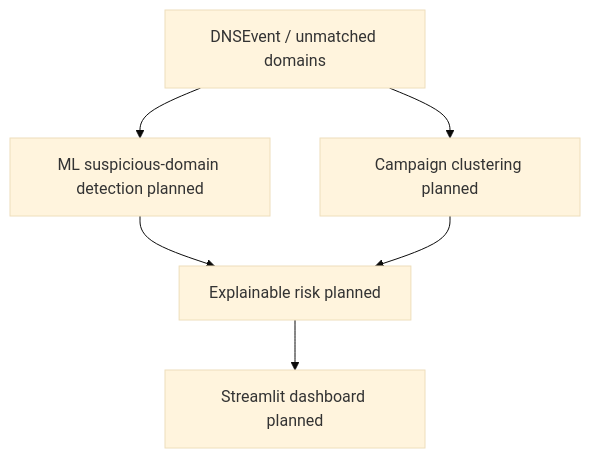
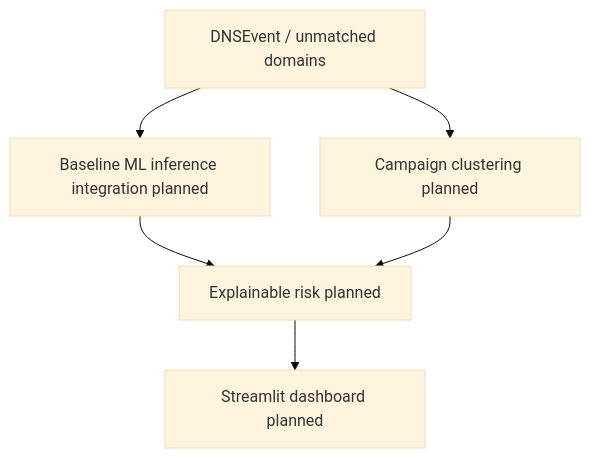
Before and after one commit to ConquestorYa/threatfusion-ai: the third of 3 diagrams in docs/ARCHITECTURE.md, drawn with Mermaid (base theme). The commit also changed other lines of this file, not shown here.

Commit message:
docs: add baseline ML architecture

````diff
--- a/docs/ARCHITECTURE.md
+++ b/docs/ARCHITECTURE.md
@@ -34,8 +52,8 @@
 ```mermaid
 flowchart TD
-    DNS[DNSEvent / unmatched domains] --> Detect[ML suspicious-domain detection planned]
+    DNS[DNSEvent / unmatched domains] --> Detect[Baseline ML inference integration planned]
     DNS --> Cluster[Campaign clustering planned]
     Detect --> Risk[Explainable risk planned]
     Cluster --> Risk
     Risk --> Dashboard[Streamlit dashboard planned]
 ```
````
